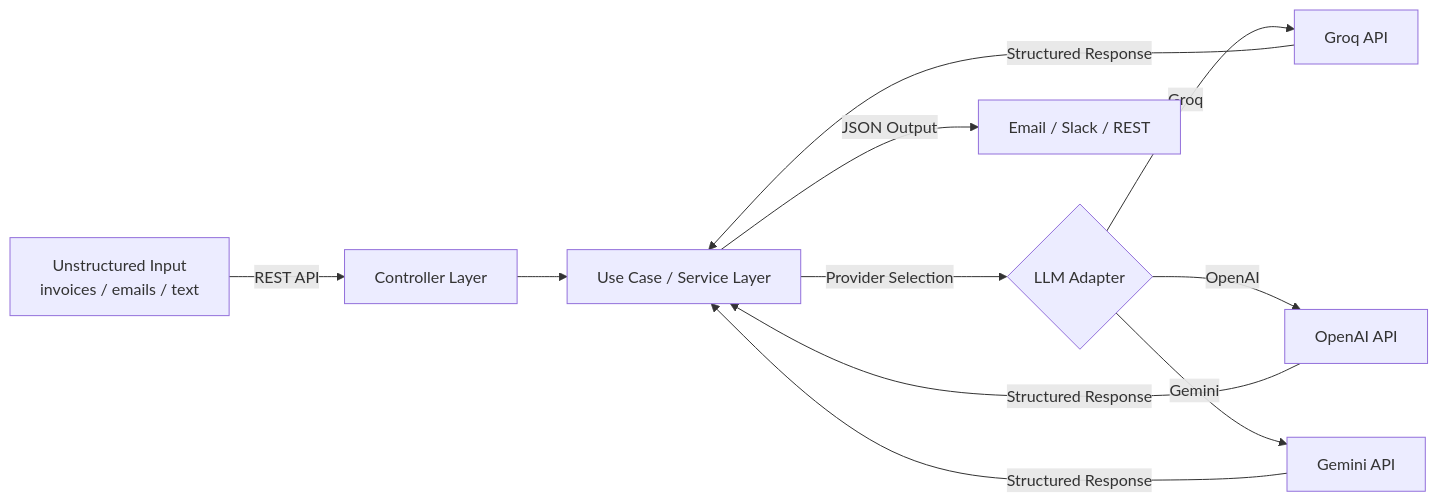
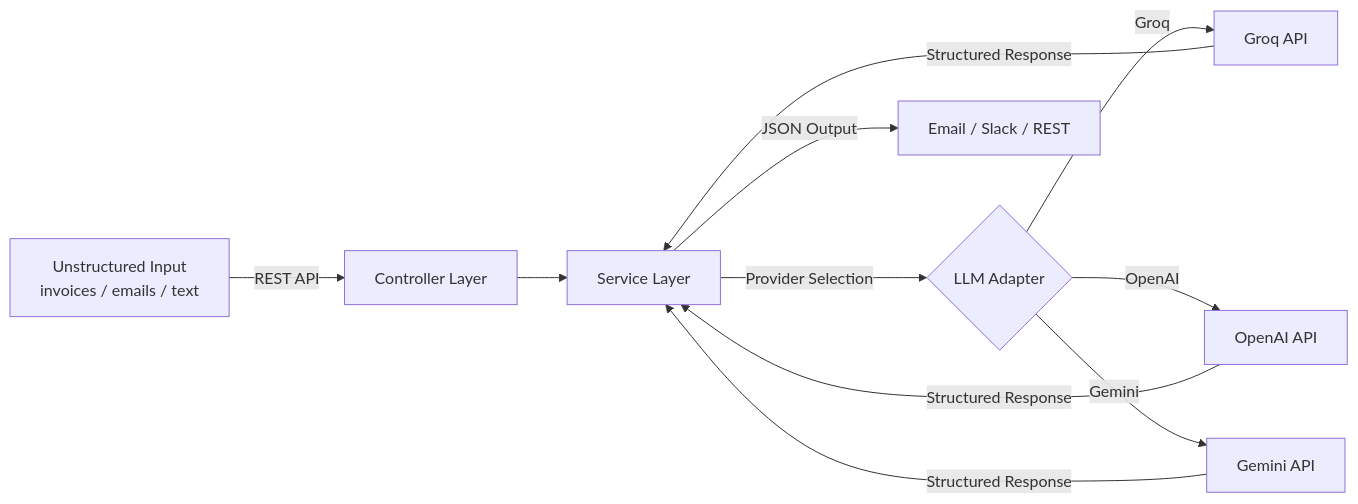
Before and after one commit to ukoquique-proves/VIDEO-AUTOM: the diagram in README.md, drawn with Mermaid. The commit also changed other lines of this file and 2 other files, not shown here.

Commit message:
docs: upgrade documentation and add architectural evolution roadmap

````diff
--- a/README.md
+++ b/README.md
@@ -39,12 +34,12 @@
 ```mermaid
 graph LR
     A[Unstructured Input
  invoices / emails / text] -->|REST API| B[Controller Layer]
-    B --> C[Use Case / Service Layer]
+    B --> C[Service Layer]
     C -->|Provider Selection| D{LLM Adapter}
     D -->|Groq| E[Groq API]
     D -->|OpenAI| F[OpenAI API]
     D -->|Gemini| G[Gemini API]
     E & F & G -->|Structured Response| C
     C -->|JSON Output| H[Email / Slack / REST]
 ```
````
